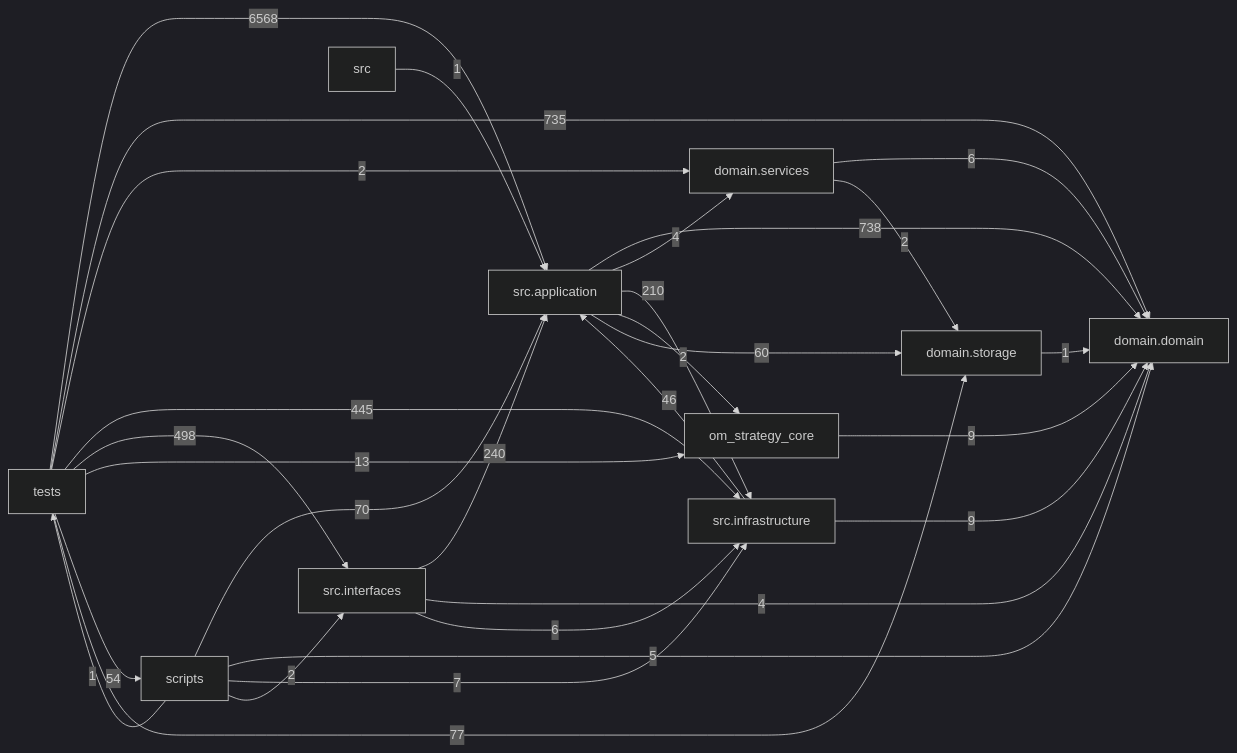
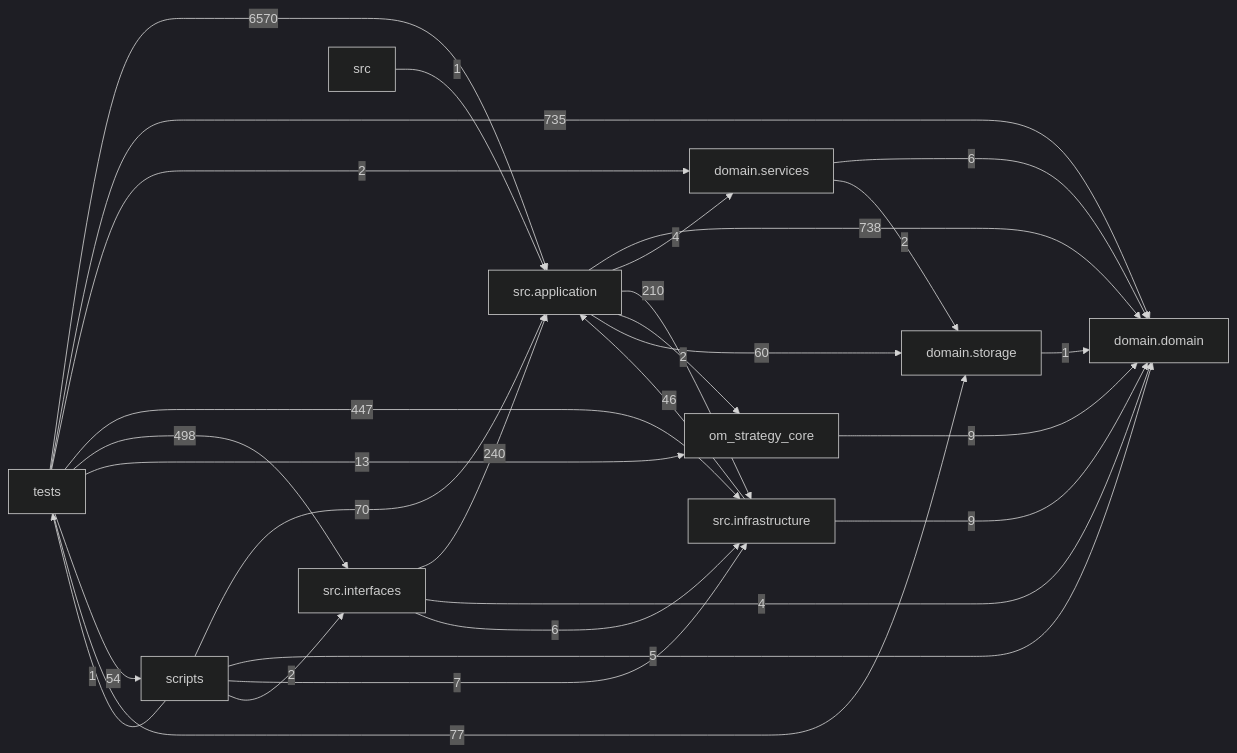
The diagram in docs/DEPENDENCY_GRAPH.md (liuxie066/options-monitor), drawn with Mermaid (dark theme) before and after one commit. The commit also changed other lines of this file and 3 other files, not shown here.

````diff
--- a/docs/DEPENDENCY_GRAPH.md
+++ b/docs/DEPENDENCY_GRAPH.md
@@ -24,39 +24,39 @@
 ```mermaid
 flowchart LR
   tests["tests"]
   scripts["scripts"]
   interfaces["src.interfaces"]
   application["src.application"]
   infrastructure["src.infrastructure"]
   domain_services["domain.services"]
   domain["domain.domain"]
   storage["domain.storage"]
   application -->|738| domain
   application -->|4| domain_services
   application -->|210| infrastructure
   application -->|2| om_strategy_core
   application -->|60| storage
   domain_services -->|6| domain
   domain_services -->|2| storage
   infrastructure -->|46| application
   infrastructure -->|9| domain
   interfaces -->|240| application
   interfaces -->|4| domain
   interfaces -->|6| infrastructure
   om_strategy_core -->|9| domain
   scripts -->|70| application
   scripts -->|5| domain
   scripts -->|7| infrastructure
   scripts -->|2| interfaces
   scripts -->|1| tests
   src -->|1| application
   storage -->|1| domain
-  tests -->|6568| application
+  tests -->|6570| application
   tests -->|735| domain
   tests -->|2| domain_services
-  tests -->|445| infrastructure
+  tests -->|447| infrastructure
   tests -->|498| interfaces
   tests -->|13| om_strategy_core
   tests -->|54| scripts
   tests -->|77| storage
 ```
````
